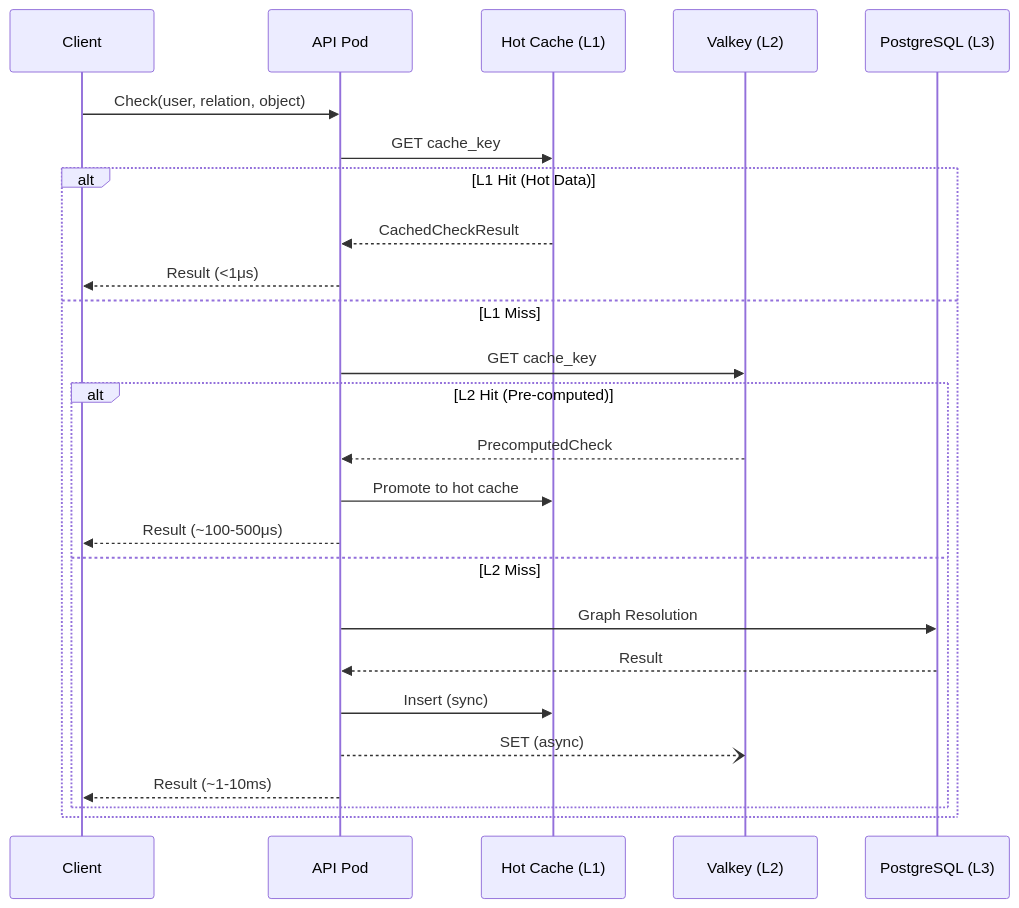
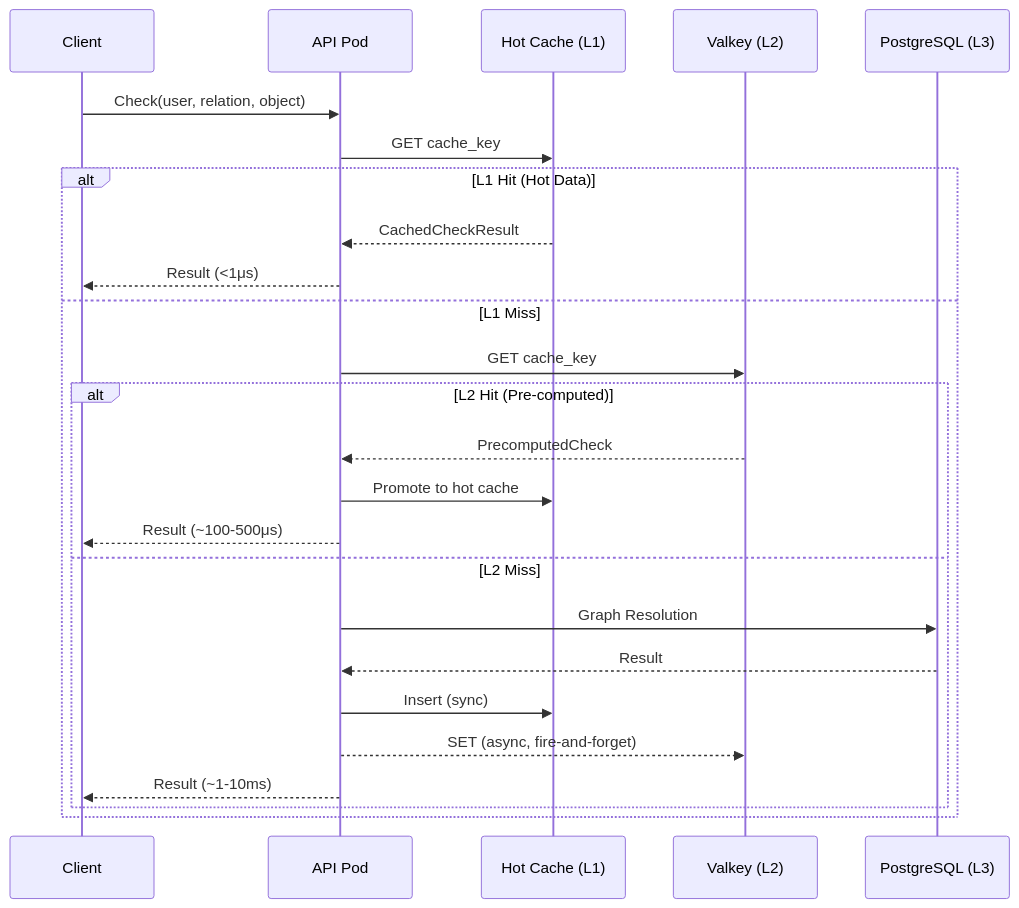
One commit to julianshen/rsfga changed the fourth of 12 diagrams in docs/research/LEOPARD_DIAGRAMS.md. Above: the diagram before and after it, drawn with Mermaid. The commit also changed 1 other file, not shown here.

Commit message:
[DOCS] Address PR #121 review feedback for Leopard spike
- Fix Mermaid syntax error: API--)V → API-->>V
- Add 'text' language specifiers to ASCII diagram code blocks
- Fix conflicting hot cache NATS subscription statement
- Replace Valkey SCAN/DEL with lazy invalidation to avoid blocking
- Add bounds to reverse expansion (unbounded_types, max_objects_per_type, max_affected_checks)
- Add write amplification analysis with quantified scenarios
- Add consistency model section (read-your-writes, model-change atomicity, staleness windows)
- Add error handling with exponential backoff retry logic to compute_and_cache

````diff
--- a/docs/research/LEOPARD_DIAGRAMS.md
+++ b/docs/research/LEOPARD_DIAGRAMS.md
@@ -135,31 +135,31 @@
 ```mermaid
 sequenceDiagram
     participant C as Client
     participant API as API Pod
     participant L1 as Hot Cache (L1)
     participant V as Valkey (L2)
     participant PG as PostgreSQL (L3)
 
     C->>API: Check(user, relation, object)
 
     API->>L1: GET cache_key
 
     alt L1 Hit (Hot Data)
         L1-->>API: CachedCheckResult
         API-->>C: Result (<1μs)
     else L1 Miss
         API->>V: GET cache_key
 
         alt L2 Hit (Pre-computed)
             V-->>API: PrecomputedCheck
             API->>L1: Promote to hot cache
             API-->>C: Result (~100-500μs)
         else L2 Miss
             API->>PG: Graph Resolution
             PG-->>API: Result
             API->>L1: Insert (sync)
-            API--)V: SET (async)
+            API-->>V: SET (async, fire-and-forget)
             API-->>C: Result (~1-10ms)
         end
     end
 ```
````
